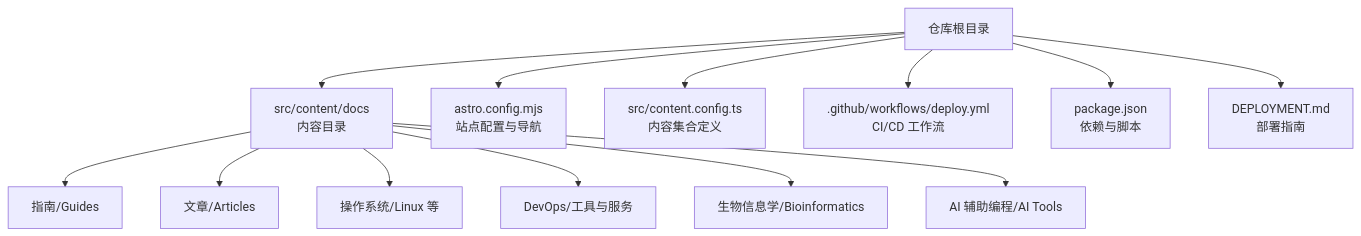
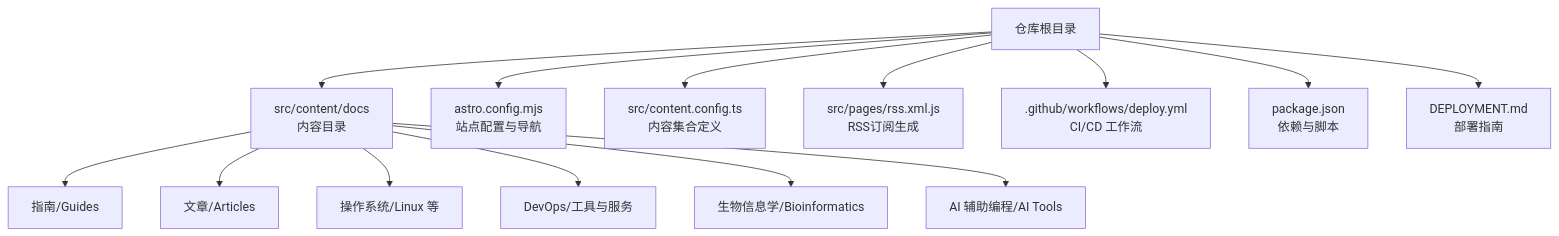
One commit to NTLx/ntlx.github.io changed the first of 11 diagrams in .qoder/repowiki/zh/content/内容管理系统/内容管理系统.md. Above: the diagram before and after it, drawn with Mermaid. The commit also changed other lines of this file and 7 other files, not shown here.

````diff
--- a/.qoder/repowiki/zh/content/内容管理系统/内容管理系统.md
+++ b/.qoder/repowiki/zh/content/内容管理系统/内容管理系统.md
@@ -41,15 +53,16 @@
 ```mermaid
 graph TB
 A["仓库根目录"] --> B["src/content/docs<br/>内容目录"]
 A --> C["astro.config.mjs<br/>站点配置与导航"]
 A --> D["src/content.config.ts<br/>内容集合定义"]
-A --> E[".github/workflows/deploy.yml<br/>CI/CD 工作流"]
-A --> F["package.json<br/>依赖与脚本"]
-A --> G["DEPLOYMENT.md<br/>部署指南"]
+A --> E["src/pages/rss.xml.js<br/>RSS订阅生成"]
+A --> F[".github/workflows/deploy.yml<br/>CI/CD 工作流"]
+A --> G["package.json<br/>依赖与脚本"]
+A --> H["DEPLOYMENT.md<br/>部署指南"]
 B --> B1["指南/Guides"]
 B --> B2["文章/Articles"]
 B --> B3["操作系统/Linux 等"]
 B --> B4["DevOps/工具与服务"]
 B --> B5["生物信息学/Bioinformatics"]
 B --> B6["AI 辅助编程/AI Tools"]
 ```
````
